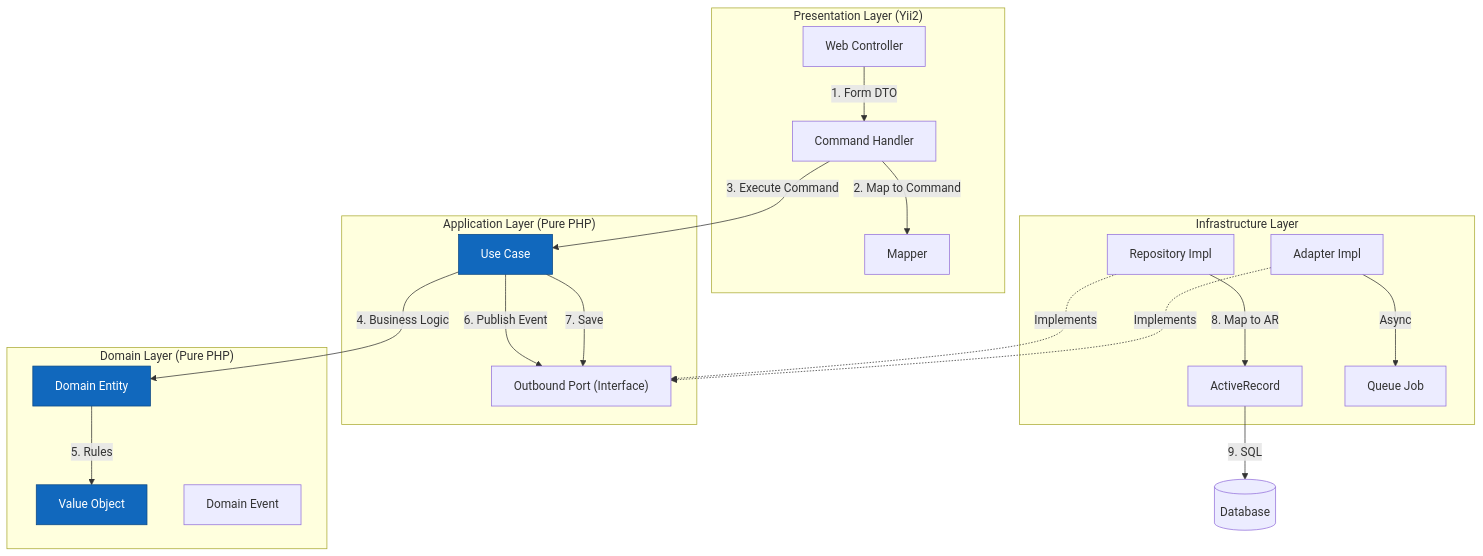
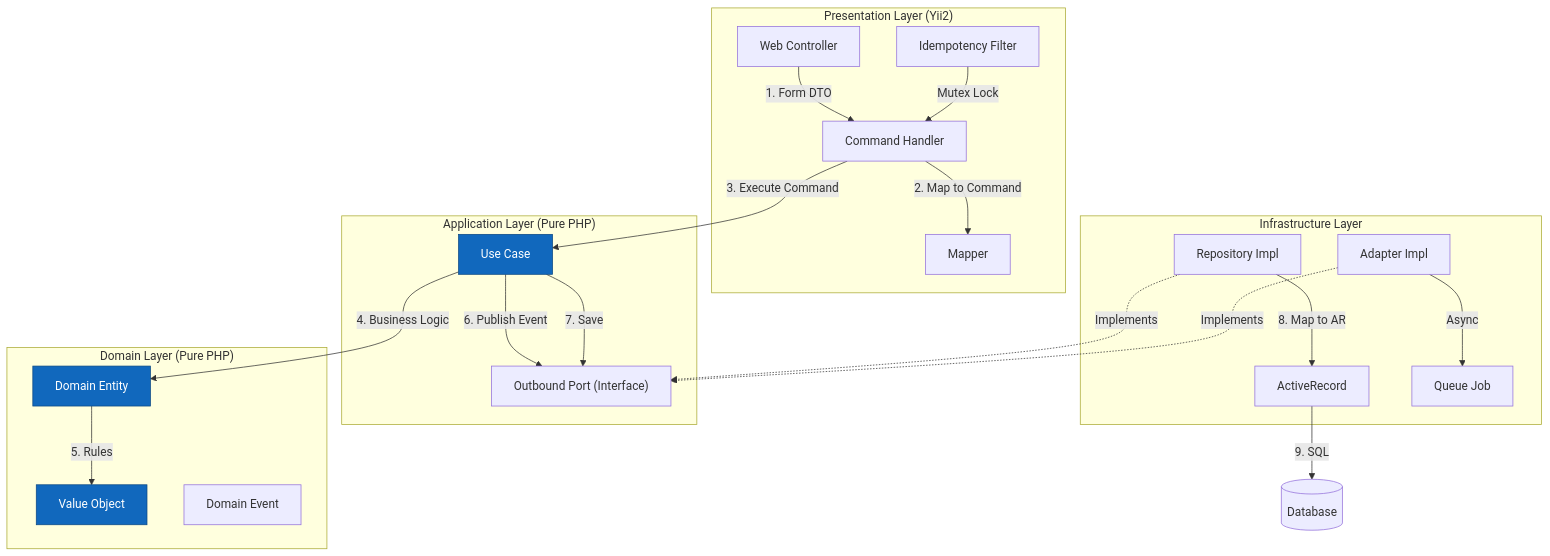
The third of 3 diagrams in docs/ARCHITECTURE.md (WarLikeLaux/yii2-book-catalog), drawn with Mermaid before and after one commit. The commit also changed other lines of this file and 2 other files, not shown here.

````diff
--- a/docs/ARCHITECTURE.md
+++ b/docs/ARCHITECTURE.md
@@ -99,52 +101,54 @@
 ```mermaid
 graph TD
     subgraph Presentation ["Presentation Layer (Yii2)"]
         Controller[Web Controller]
         Handler[Command Handler]
         Mapper[Mapper]
+        Filter[Idempotency Filter]
     end
 
     subgraph Application ["Application Layer (Pure PHP)"]
         UseCase[Use Case]
         Port["Outbound Port (Interface)"]
     end
 
     subgraph Domain ["Domain Layer (Pure PHP)"]
         Entity[Domain Entity]
         VO[Value Object]
         Event[Domain Event]
     end
 
     subgraph Infrastructure ["Infrastructure Layer"]
         RepoImpl[Repository Impl]
         Adapter[Adapter Impl]
         AR[ActiveRecord]
         Job[Queue Job]
     end
 
     DB[(Database)]
 
     %% Request Flow
     Controller -- "1. Form DTO" --> Handler
     Handler -- "2. Map to Command" --> Mapper
     Handler -- "3. Execute Command" --> UseCase
+    Filter -- "Mutex Lock" --> Handler
     
     %% Logic Flow
     UseCase -- "4. Business Logic" --> Entity
     Entity -- "5. Rules" --> VO
     UseCase -- "6. Publish Event" --> Port
     UseCase -- "7. Save" --> Port
     
     %% Infra Implementation
     RepoImpl -.->|"Implements"| Port
     Adapter -.->|"Implements"| Port
     
     RepoImpl -- "8. Map to AR" --> AR
     AR -- "9. SQL" --> DB
     
     Adapter -- "Async" --> Job
     
     style UseCase fill:#1168bd,stroke:#0b4884,color:#ffffff
     style Entity fill:#1168bd,stroke:#0b4884,color:#ffffff
     style VO fill:#1168bd,stroke:#0b4884,color:#ffffff
 ```
````
